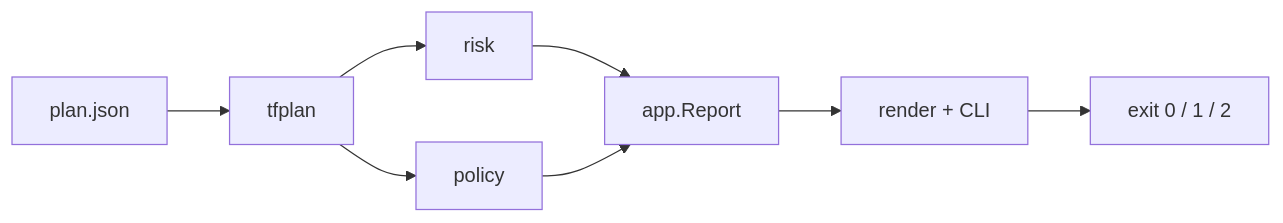
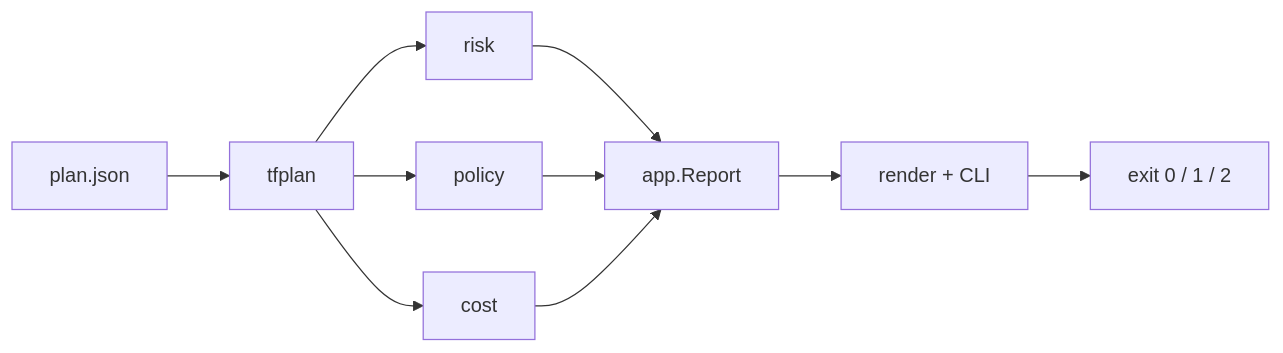
The diagram in README.md (SamyBaouche/iac-sentinel), drawn with Mermaid before and after one commit. The commit also changed other lines of this file and 10 other files, not shown here.

````diff
--- a/README.md
+++ b/README.md
@@ -19,10 +19,12 @@
 ```mermaid
 flowchart LR
   A[plan.json] --> B[tfplan]
   B --> C[risk]
   B --> D[policy]
+  B --> H[cost]
   C --> E[app.Report]
   D --> E
+  H --> E
   E --> F[render + CLI]
   F --> G["exit 0 / 1 / 2"]
 ```
````
